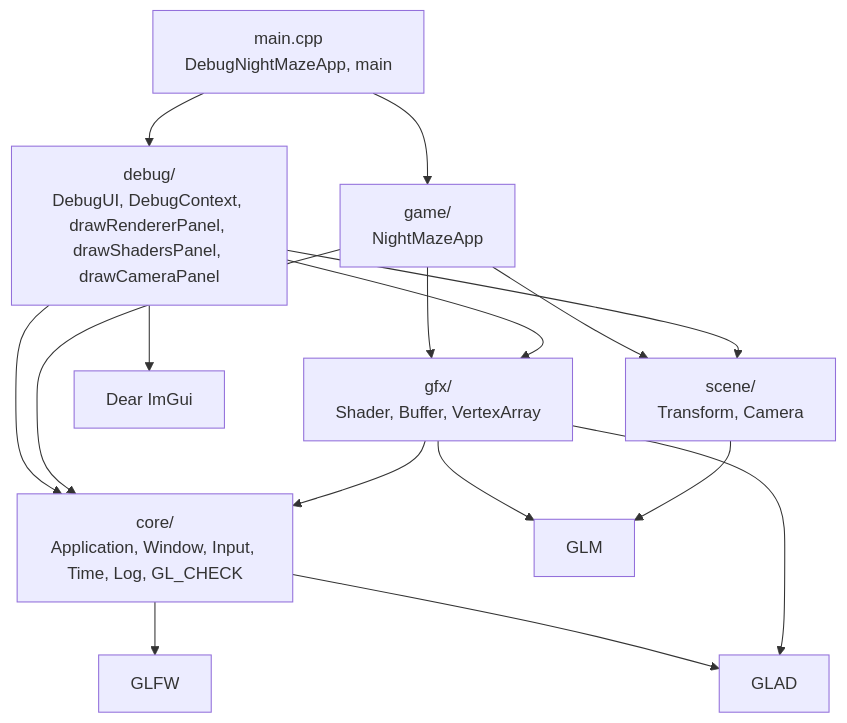
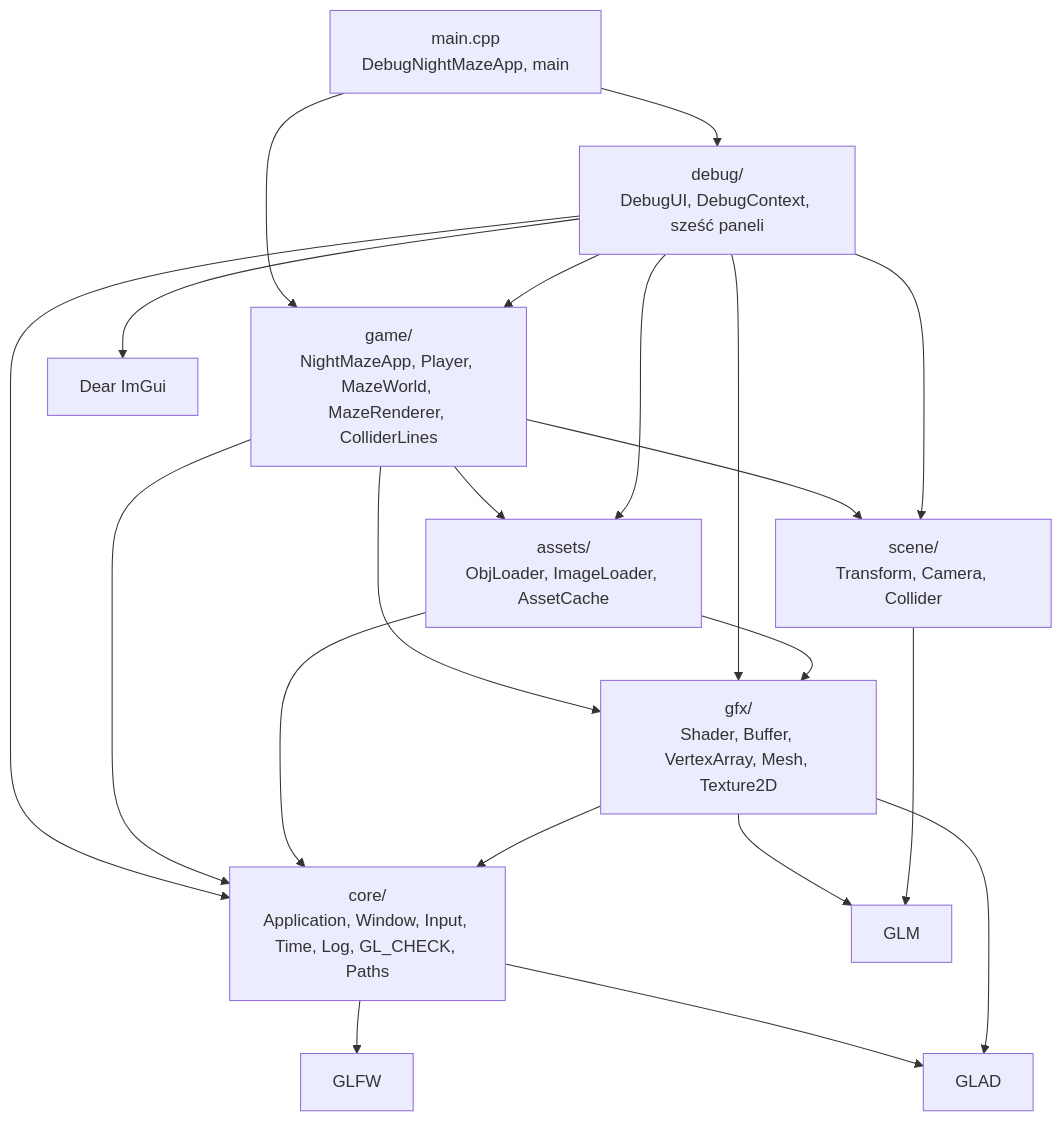
One commit to Shironex/night-maze changed the first of 3 diagrams in docs/modules/core/README.md. Above: the diagram before and after it, drawn with Mermaid. The commit also changed other lines of this file and 41 other files, not shown here.

First line of the commit message:
feat(game): draw the textured maze and walk through it

````diff
--- a/docs/modules/core/README.md
+++ b/docs/modules/core/README.md
@@ -44,18 +44,23 @@
 ```mermaid
 flowchart TD
-    Main["main.cpp<br/>DebugNightMazeApp, main"] --> Debug["debug/<br/>DebugUI, DebugContext, drawRendererPanel, drawShadersPanel, drawCameraPanel"]
-    Main --> Game["game/<br/>NightMazeApp"]
-    Debug --> Core["core/<br/>Application, Window, Input, Time, Log, GL_CHECK"]
+    Main["main.cpp<br/>DebugNightMazeApp, main"] --> Debug["debug/<br/>DebugUI, DebugContext, sześć paneli"]
+    Main --> Game["game/<br/>NightMazeApp, Player, MazeWorld, MazeRenderer, ColliderLines"]
+    Debug --> Core["core/<br/>Application, Window, Input, Time, Log, GL_CHECK, Paths"]
+    Debug --> Game
     Game --> Core
+    Game --> Assets
     Game --> Gfx
     Game --> Scene
+    Debug --> Assets
     Debug --> Gfx
     Debug --> Scene
-    Gfx["gfx/<br/>Shader, Buffer, VertexArray"] --> Core
+    Assets["assets/<br/>ObjLoader, ImageLoader, AssetCache"] --> Gfx
+    Assets --> Core
+    Gfx["gfx/<br/>Shader, Buffer, VertexArray, Mesh, Texture2D"] --> Core
     Gfx --> Glm
-    Scene["scene/<br/>Transform, Camera"] --> Glm["GLM"]
+    Scene["scene/<br/>Transform, Camera, Collider"] --> Glm["GLM"]
     Debug --> ImGui["Dear ImGui"]
     Core --> Glfw["GLFW"]
     Core --> Glad["GLAD"]
     Gfx --> Glad
 ```
````
